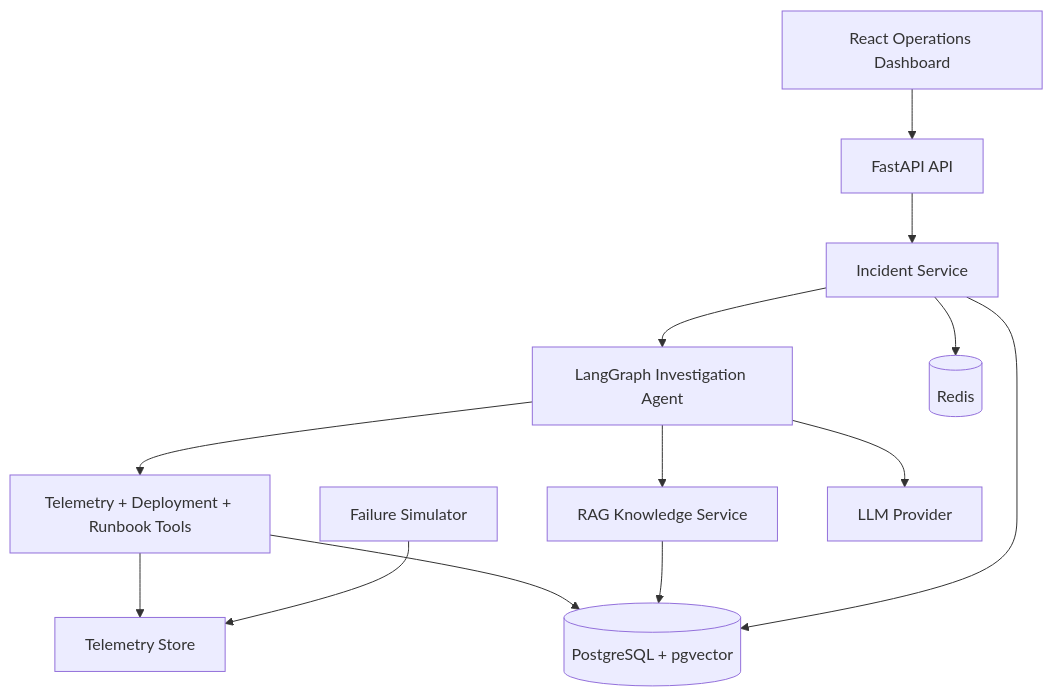
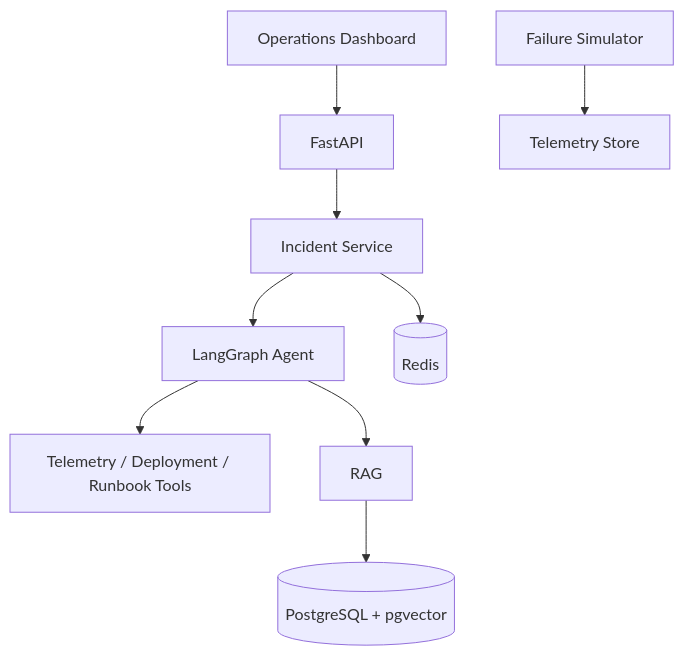
The diagram in README.md (AloneRider-pixel/aegis), drawn with Mermaid before and after one commit. The commit also changed other lines of this file, not shown here.

````diff
--- a/README.md
+++ b/README.md
@@ -43,27 +39,11 @@
 ```mermaid
 graph TB
-    UI[React Operations Dashboard]
-    API[FastAPI API]
-    INC[Incident Service]
-    AGENT[LangGraph Investigation Agent]
-    TOOLS[Telemetry + Deployment + Runbook Tools]
-    RAG[RAG Knowledge Service]
-    PG[(PostgreSQL + pgvector)]
-    REDIS[(Redis)]
-    SIM[Failure Simulator]
-    TEL[Telemetry Store]
-    LLM[LLM Provider]
-
-    UI --> API
-    API --> INC
-    INC --> AGENT
-    AGENT --> TOOLS
-    AGENT --> RAG
-    AGENT --> LLM
-    TOOLS --> TEL
-    TOOLS --> PG
-    RAG --> PG
-    INC --> PG
-    INC --> REDIS
-    SIM --> TEL
+    UI[Operations Dashboard] --> API[FastAPI]
+    API --> INC[Incident Service]
+    INC --> AGENT[LangGraph Agent]
+    AGENT --> TOOLS[Telemetry / Deployment / Runbook Tools]
+    AGENT --> RAG[RAG]
+    RAG --> PG[(PostgreSQL + pgvector)]
+    INC --> REDIS[(Redis)]
+    SIM[Failure Simulator] --> TEL[Telemetry Store]
 ```
````
